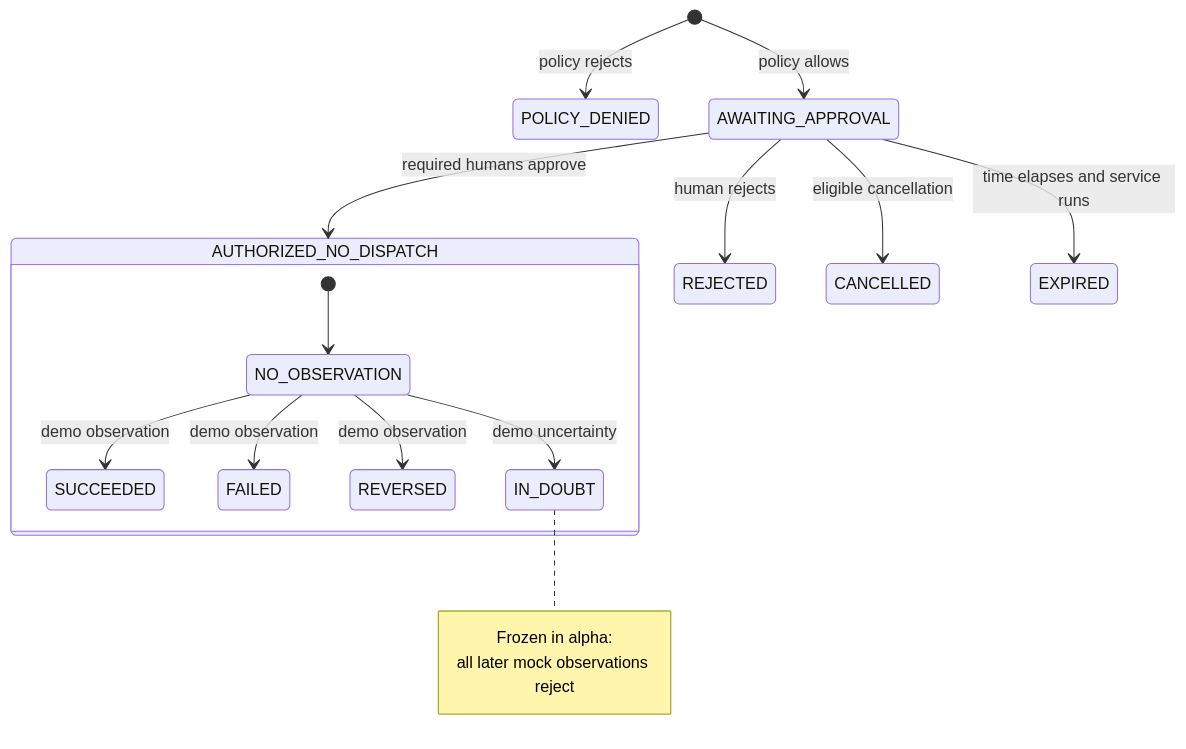
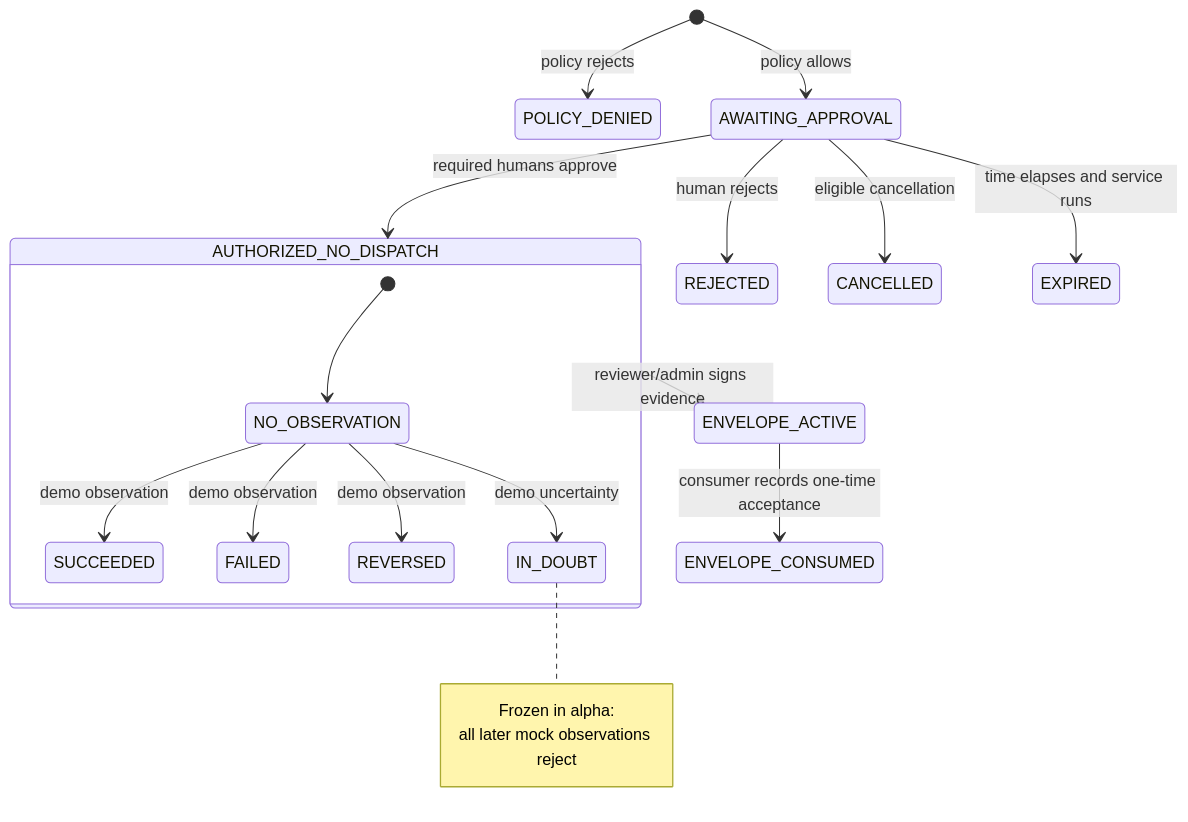
The second of 2 diagrams in docs/architecture.md (cad07/parimit), drawn with Mermaid before and after one commit. The commit also changed other lines of this file and 43 other files, not shown here.

````diff
--- a/docs/architecture.md
+++ b/docs/architecture.md
@@ -69,20 +88,22 @@
 ```mermaid
 stateDiagram-v2
     [*] --> POLICY_DENIED: policy rejects
     [*] --> AWAITING_APPROVAL: policy allows
     AWAITING_APPROVAL --> AUTHORIZED_NO_DISPATCH: required humans approve
     AWAITING_APPROVAL --> REJECTED: human rejects
     AWAITING_APPROVAL --> CANCELLED: eligible cancellation
     AWAITING_APPROVAL --> EXPIRED: time elapses and service runs
+    AUTHORIZED_NO_DISPATCH --> ENVELOPE_ACTIVE: reviewer/admin signs evidence
+    ENVELOPE_ACTIVE --> ENVELOPE_CONSUMED: consumer records one-time acceptance
     state AUTHORIZED_NO_DISPATCH {
         [*] --> NO_OBSERVATION
         NO_OBSERVATION --> SUCCEEDED: demo observation
         NO_OBSERVATION --> FAILED: demo observation
         NO_OBSERVATION --> REVERSED: demo observation
         NO_OBSERVATION --> IN_DOUBT: demo uncertainty
         note right of IN_DOUBT
             Frozen in alpha:
             all later mock observations reject
         end note
     }
 ```
````
